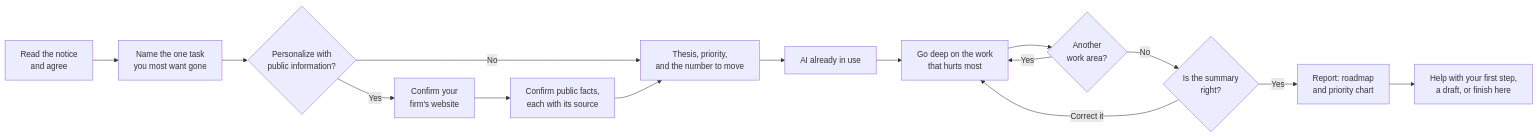
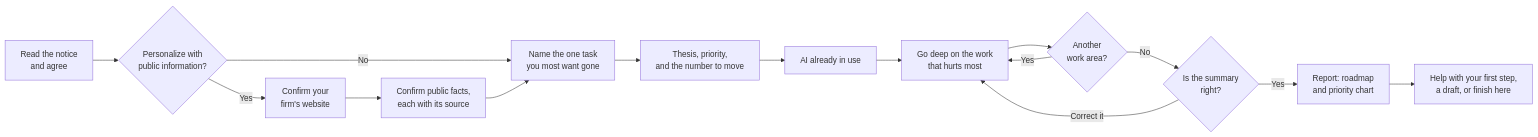
Before and after one commit to nxtpartners/nxt-fund-blueprint: the first of 2 diagrams in README.md, drawn with Mermaid. The commit also changed other lines of this file and 2 other files, not shown here.

Commit message:
Recommend a model and effort after consent, and personalize before asking for the task to take off the team

````diff
--- a/README.md
+++ b/README.md
@@ -92,17 +92,17 @@
 ```mermaid
 flowchart LR
-    A[Read the notice<br/>and agree] --> B[Name the one task<br/>you most want gone]
-    B --> C{Personalize with<br/>public information?}
+    A[Read the notice<br/>and agree] --> C{Personalize with<br/>public information?}
     C -- Yes --> W[Confirm your<br/>firm's website]
     W --> D[Confirm public facts,<br/>each with its source]
-    C -- No --> E[Thesis, priority,<br/>and the number to move]
-    D --> E
+    C -- No --> B[Name the one task<br/>you most want gone]
+    D --> B
+    B --> E[Thesis, priority,<br/>and the number to move]
     E --> F[AI already in use]
     F --> G[Go deep on the work<br/>that hurts most]
     G --> H{Another<br/>work area?}
     H -- Yes --> G
     H -- No --> I{Is the summary<br/>right?}
     I -- Correct it --> G
     I -- Yes --> J[Report: roadmap<br/>and priority chart]
     J --> K[Help with your first step,<br/>a draft, or finish here]
 ```
````
